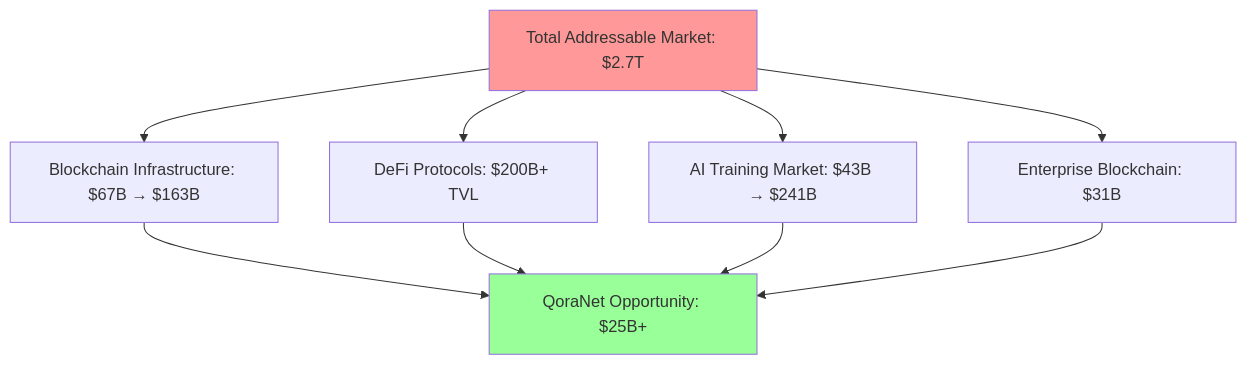
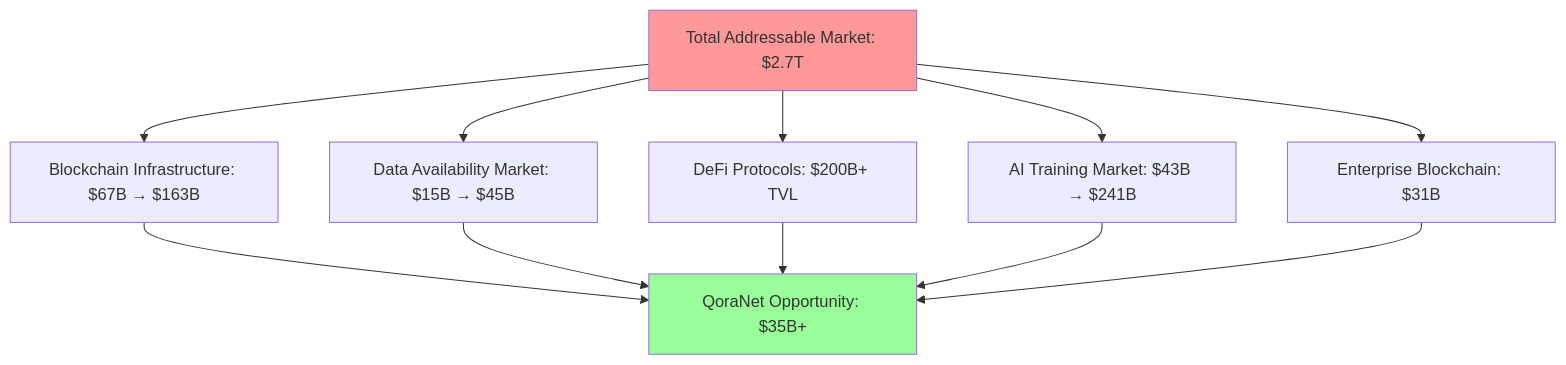
One commit to QoraNet/.github changed the first of 12 diagrams in profile/README.md. Above: the diagram before and after it, drawn with Mermaid. The commit also changed other lines of this file, not shown here.

````diff
--- a/profile/README.md
+++ b/profile/README.md
@@ -23,15 +24,17 @@
 ```mermaid
 graph TB
     A[Total Addressable Market: $2.7T] --> B[Blockchain Infrastructure: $67B → $163B]
-    A --> C[DeFi Protocols: $200B+ TVL]
-    A --> D[AI Training Market: $43B → $241B]
-    A --> E[Enterprise Blockchain: $31B]
+    A --> C[Data Availability Market: $15B → $45B]
+    A --> D[DeFi Protocols: $200B+ TVL]
+    A --> E[AI Training Market: $43B → $241B]
+    A --> F[Enterprise Blockchain: $31B]
     
-    B --> F[QoraNet Opportunity: $25B+]
-    C --> F
-    D --> F
-    E --> F
+    B --> G[QoraNet Opportunity: $35B+]
+    C --> G
+    D --> G
+    E --> G
+    F --> G
     
     style A fill:#ff9999
-    style F fill:#99ff99
+    style G fill:#99ff99
 ```
````
